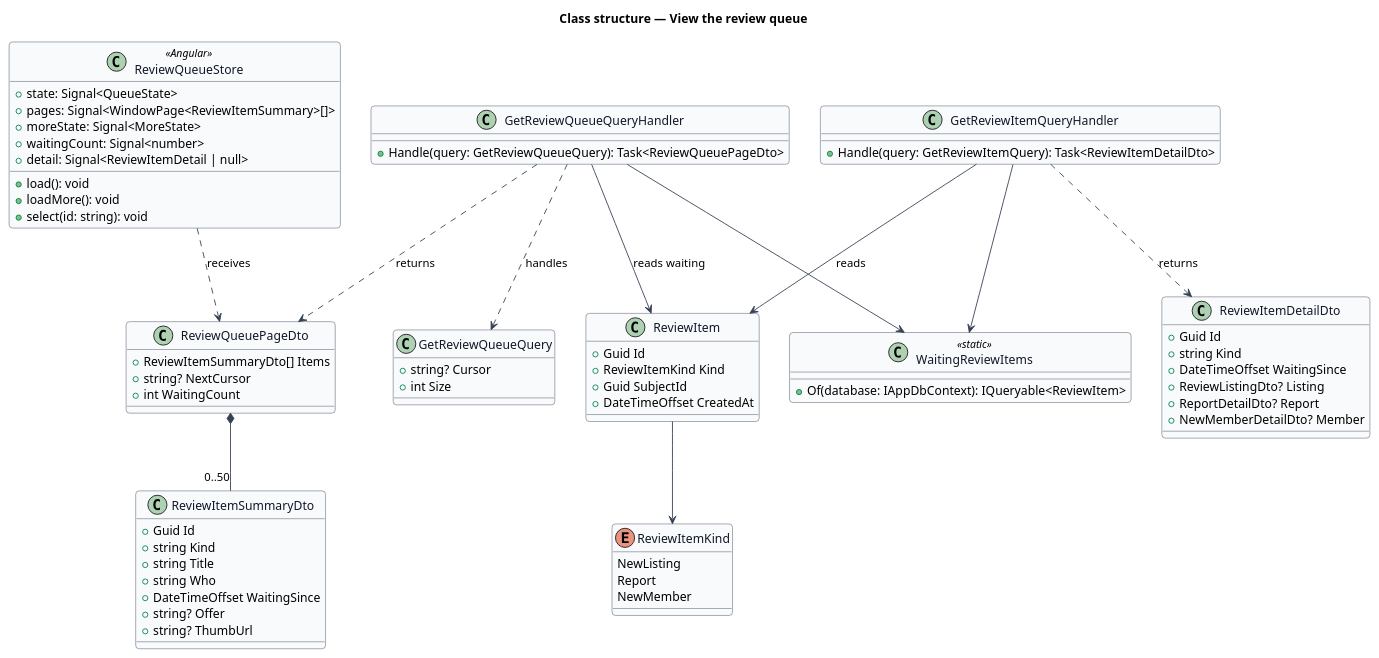
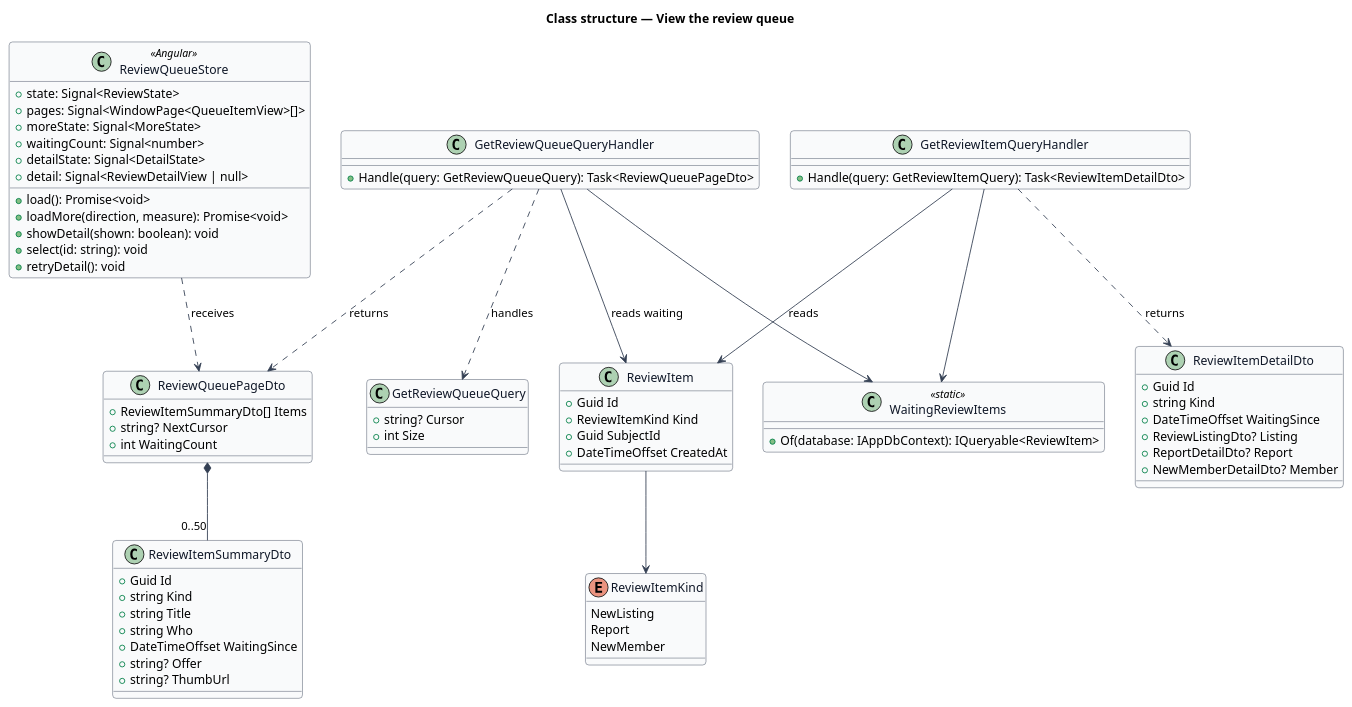
The diagram in docs/detailed-designs/review/view-review-queue/diagrams/class-structure.puml (QuinntyneBrown/christian-rent), drawn with PlantUML before and after one commit. The commit also changed 20 other files, not shown here.

First line of the commit message:
Show the queue's loading, failed and caught-up states, and a detail's failures

```diff
--- a/docs/detailed-designs/review/view-review-queue/diagrams/class-structure.puml
+++ b/docs/detailed-designs/review/view-review-queue/diagrams/class-structure.puml
@@ -1,82 +1,85 @@
 @startuml
 ' --- shared skin header ---
 skinparam backgroundColor #FFFFFF
 skinparam shadowing false
 skinparam roundcorner 8
 skinparam defaultFontName Arial
 skinparam ArrowColor #344054
 skinparam class {
   BorderColor #344054
   FontColor #101828
   BackgroundColor #F9FAFB
 }
 ' --------------------------
 title Class structure — View the review queue
 
 class ReviewItem {
   +Guid Id
   +ReviewItemKind Kind
   +Guid SubjectId
   +DateTimeOffset CreatedAt
 }
 enum ReviewItemKind {
   NewListing
   Report
   NewMember
 }
 class GetReviewQueueQuery {
   +string? Cursor
   +int Size
 }
 class GetReviewQueueQueryHandler {
   +Handle(query: GetReviewQueueQuery): Task<ReviewQueuePageDto>
 }
 class GetReviewItemQueryHandler {
   +Handle(query: GetReviewItemQuery): Task<ReviewItemDetailDto>
 }
 class ReviewQueuePageDto {
   +ReviewItemSummaryDto[] Items
   +string? NextCursor
   +int WaitingCount
 }
 class ReviewItemSummaryDto {
   +Guid Id
   +string Kind
   +string Title
   +string Who
   +DateTimeOffset WaitingSince
   +string? Offer
   +string? ThumbUrl
 }
 class ReviewItemDetailDto {
   +Guid Id
   +string Kind
   +DateTimeOffset WaitingSince
   +ReviewListingDto? Listing
   +ReportDetailDto? Report
   +NewMemberDetailDto? Member
 }
 class ReviewQueueStore <<Angular>> {
-  +state: Signal<QueueState>
-  +pages: Signal<WindowPage<ReviewItemSummary>[]>
+  +state: Signal<ReviewState>
+  +pages: Signal<WindowPage<QueueItemView>[]>
   +moreState: Signal<MoreState>
   +waitingCount: Signal<number>
-  +detail: Signal<ReviewItemDetail | null>
-  +load(): void
-  +loadMore(): void
+  +detailState: Signal<DetailState>
+  +detail: Signal<ReviewDetailView | null>
+  +load(): Promise<void>
+  +loadMore(direction, measure): Promise<void>
+  +showDetail(shown: boolean): void
   +select(id: string): void
+  +retryDetail(): void
 }
 class WaitingReviewItems <<static>> {
   +Of(database: IAppDbContext): IQueryable<ReviewItem>
 }
 ReviewItem --> ReviewItemKind
 GetReviewQueueQueryHandler --> WaitingReviewItems
 GetReviewItemQueryHandler --> WaitingReviewItems
 GetReviewQueueQueryHandler ..> GetReviewQueueQuery : handles
 GetReviewQueueQueryHandler --> ReviewItem : reads waiting
 GetReviewQueueQueryHandler ..> ReviewQueuePageDto : returns
 ReviewQueuePageDto *-- "0..50" ReviewItemSummaryDto
 GetReviewItemQueryHandler --> ReviewItem : reads
 GetReviewItemQueryHandler ..> ReviewItemDetailDto : returns
 ReviewQueueStore ..> ReviewQueuePageDto : receives
 @enduml
```
